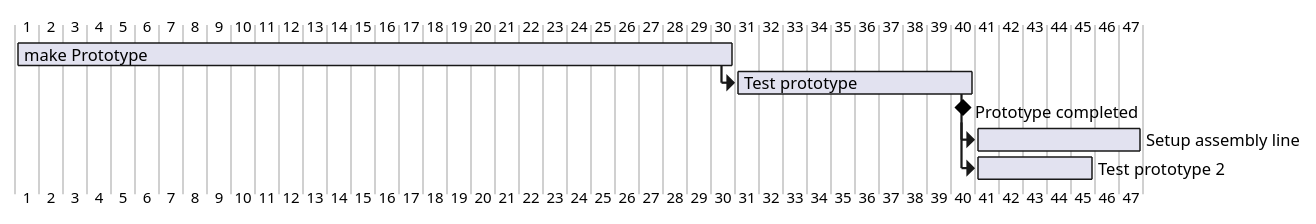
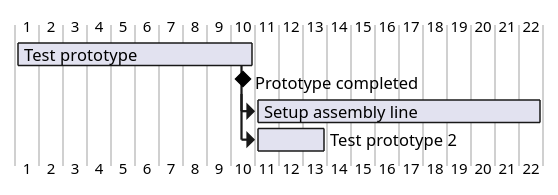
One commit to 2425-3ahif-syp/01-lab-projektantrag-shotgun007 changed the second of 2 diagrams in asciidocs/docs/sysspec.adoc. Above: the diagram before and after it, drawn with PlantUML. The commit also changed other lines of this file and 1 other file, not shown here.

```diff
--- a/asciidocs/docs/sysspec.adoc
+++ b/asciidocs/docs/sysspec.adoc
@@ -118,13 +67,11 @@
 [plantuml,gantt-protoype,png]
 ----
 @startgantt
-[make Prototype] lasts 30 days
 [Test prototype] lasts 10 days
-[Test prototype] starts at [make Prototype]'s end
 [Prototype completed] happens at [Test prototype]'s end
-[Setup assembly line] lasts 7 days
+[Setup assembly line] lasts 12 days
 [Setup assembly line] starts at [Test prototype]'s end
-[Test prototype 2] lasts 5 days
+[Test prototype 2] lasts 3 days
 [Test prototype 2] starts at [Prototype completed]'s end
 @endgantt
 ----
```
